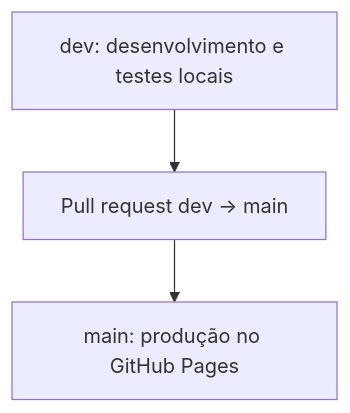
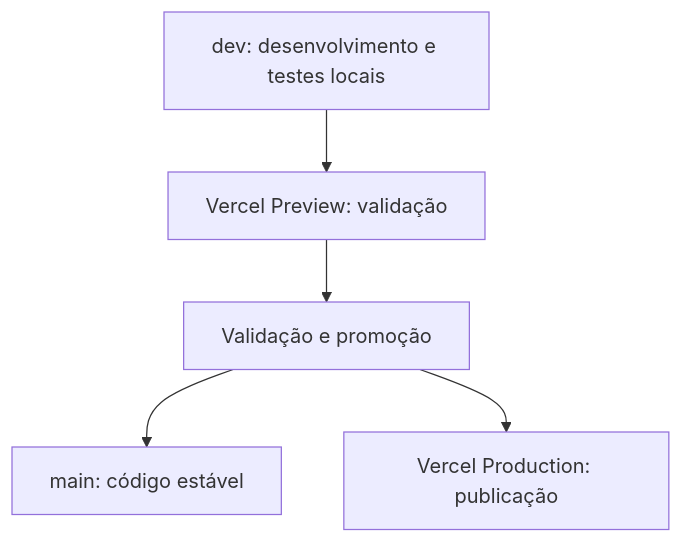
Before and after one commit to josuelustosa/links: the diagram in assets/docs/PLAN_V2.md, drawn with Mermaid. The commit also changed other lines of this file and 1 other file, not shown here.

First line of the commit message:
docs(v2): document Vercel environments and project evolution

````diff
--- a/assets/docs/PLAN_V2.md
+++ b/assets/docs/PLAN_V2.md
@@ -67,5 +70,7 @@
 ```mermaid
 flowchart TD
-  D["dev: desenvolvimento e testes locais"] --> PR["Pull request dev → main"]
-  PR --> M["main: produção no GitHub Pages"]
+  D["dev: desenvolvimento e testes locais"] --> P["Vercel Preview: validação"]
+  P --> R["Validação e promoção"]
+  R --> M["main: código estável"]
+  R --> V["Vercel Production: publicação"]
 ```
````
